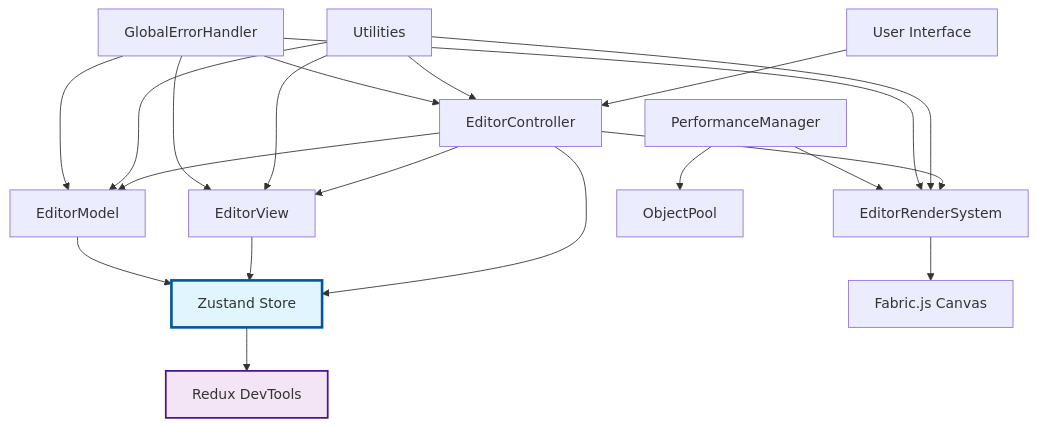
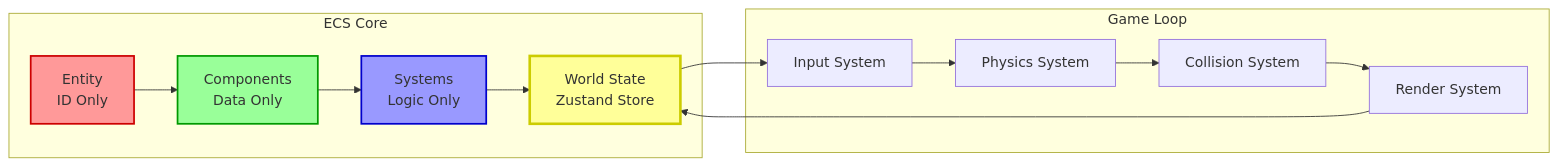
Before and after one commit to traponion/jumping-dot-game: the second of 3 diagrams in docs/architecture.md, drawn with Mermaid. The commit also changed other lines of this file and 15 other files, not shown here.

````diff
--- a/docs/architecture.md
+++ b/docs/architecture.md
@@ -18,29 +65,21 @@
 ```mermaid
-graph TB
-    UI[User Interface] --> Controller[EditorController]
-    Controller --> Model[EditorModel]
-    Controller --> View[EditorView]
-    Controller --> RenderSystem[EditorRenderSystem]
-    Controller --> ZustandStore[Zustand Store]
+graph LR
+    subgraph "ECS Core"
+        E[Entity<br/>ID Only] --> C[Components<br/>Data Only]
+        C --> S[Systems<br/>Logic Only]
+        S --> W[World State<br/>Zustand Store]
+    end
     
-    View --> ZustandStore
-    Model --> ZustandStore
-    ZustandStore --> DevTools[Redux DevTools]
-    RenderSystem --> Fabric[Fabric.js Canvas]
+    subgraph "Game Loop"
+        W --> Input[Input System]
+        Input --> Physics[Physics System]
+        Physics --> Collision[Collision System]
+        Collision --> Render[Render System]
+        Render --> W
+    end
     
-    Utilities[Utilities] --> Controller
-    Utilities --> Model
-    Utilities --> View
-    Utilities --> RenderSystem
-    
-    ErrorHandler[GlobalErrorHandler] --> Controller
-    ErrorHandler --> Model
-    ErrorHandler --> View
-    ErrorHandler --> RenderSystem
-    
-    Performance[PerformanceManager] --> RenderSystem
-    Performance --> ObjectPool[ObjectPool]
-    
-    style ZustandStore fill:#e1f5fe,stroke:#01579b,stroke-width:3px
-    style DevTools fill:#f3e5f5,stroke:#4a148c,stroke-width:2px
+    style E fill:#ff9999,stroke:#cc0000,stroke-width:2px
+    style C fill:#99ff99,stroke:#009900,stroke-width:2px
+    style S fill:#9999ff,stroke:#0000cc,stroke-width:2px
+    style W fill:#ffff99,stroke:#cccc00,stroke-width:3px
 ```
````
